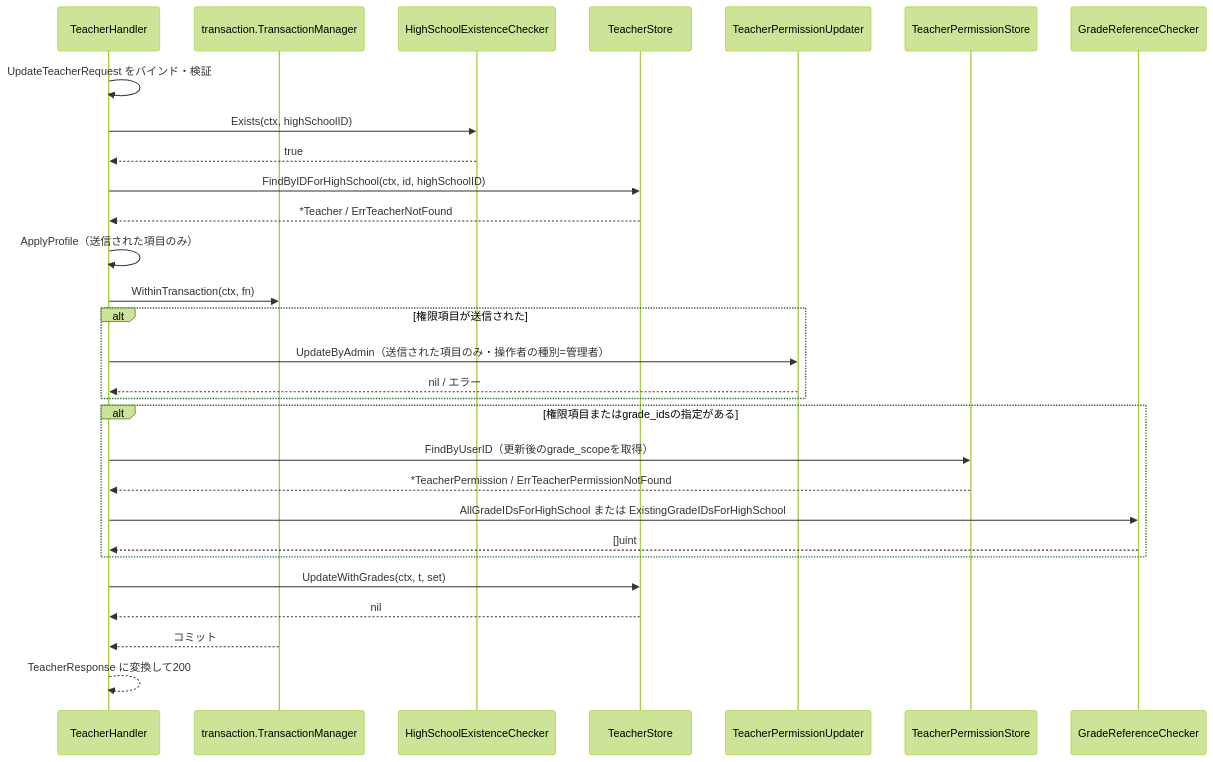
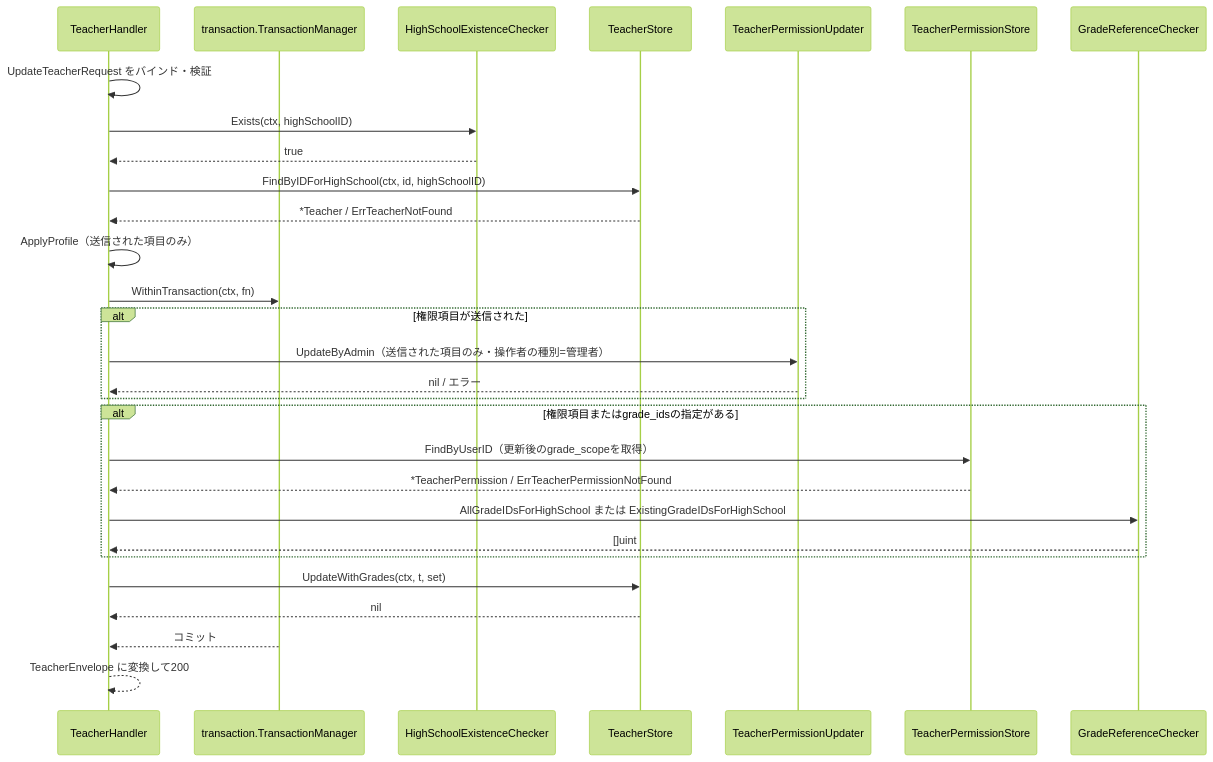
Before and after one commit to yuta20253/edu-platform-go-design: the fourth of 5 diagrams in 計画書/Go実装仕様書/管理者教員管理機能_Go実装仕様書.md, drawn with Mermaid (forest theme). The commit also changed other lines of this file and 2 other files, not shown here.

````diff
--- a/計画書/Go実装仕様書/管理者教員管理機能_Go実装仕様書.md
+++ b/計画書/Go実装仕様書/管理者教員管理機能_Go実装仕様書.md
@@ -479,32 +506,32 @@
 ```mermaid
 sequenceDiagram
     participant H as TeacherHandler
     participant T as transaction.TransactionManager
     participant HC as HighSchoolExistenceChecker
     participant TS as TeacherStore
     participant PU as TeacherPermissionUpdater
     participant PS as TeacherPermissionStore
     participant GC as GradeReferenceChecker
 
     H->>H: UpdateTeacherRequest をバインド・検証
     H->>HC: Exists(ctx, highSchoolID)
     HC-->>H: true
     H->>TS: FindByIDForHighSchool(ctx, id, highSchoolID)
     TS-->>H: *Teacher / ErrTeacherNotFound
     H->>H: ApplyProfile（送信された項目のみ）
     H->>T: WithinTransaction(ctx, fn)
     alt 権限項目が送信された
         H->>PU: UpdateByAdmin（送信された項目のみ・操作者の種別=管理者）
         PU-->>H: nil / エラー
     end
     alt 権限項目またはgrade_idsの指定がある
         H->>PS: FindByUserID（更新後のgrade_scopeを取得）
         PS-->>H: *TeacherPermission / ErrTeacherPermissionNotFound
         H->>GC: AllGradeIDsForHighSchool または ExistingGradeIDsForHighSchool
         GC-->>H: []uint
     end
     H->>TS: UpdateWithGrades(ctx, t, set)
     TS-->>H: nil
     T-->>H: コミット
-    H-->>H: TeacherResponse に変換して200
+    H-->>H: TeacherEnvelope に変換して200
 ```
````
